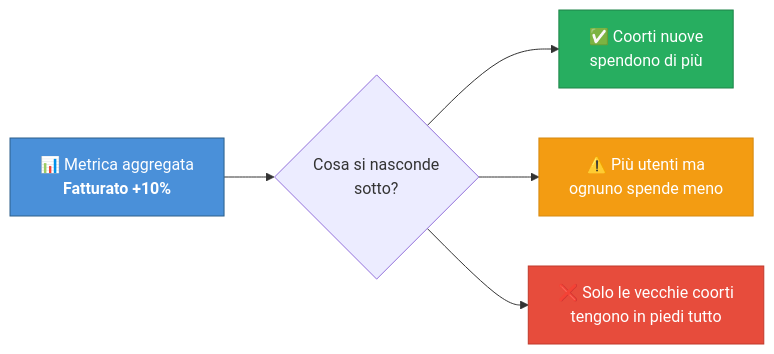
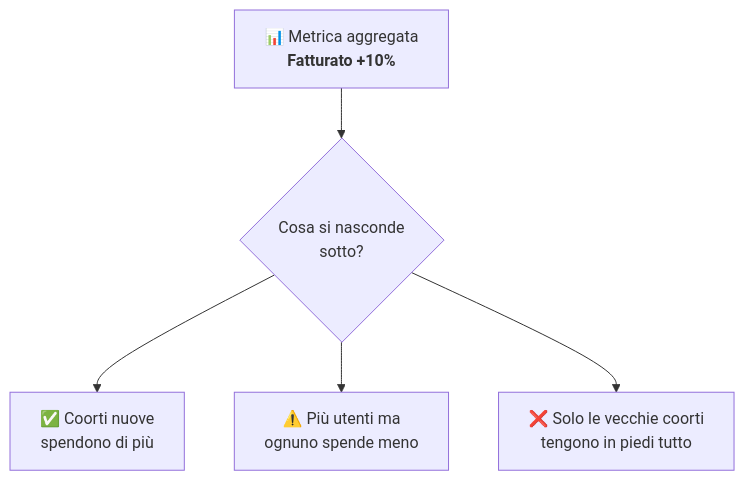
The first of 12 diagrams in src/content/corso/analisi-prodotto/analisi-coorte.mdx (AndreyBertasini/gynnitech), drawn with Mermaid before and after one commit. The commit also changed other lines of this file and 110 other files, not shown here.

First line of the commit message:
chore(content): optimize mermaid diagrams for mobile and dark theme

````diff
--- a/src/content/corso/analisi-prodotto/analisi-coorte.mdx
+++ b/src/content/corso/analisi-prodotto/analisi-coorte.mdx
@@ -22,11 +22,7 @@
 ```mermaid
-graph LR
+flowchart TD
     A["📊 Metrica aggregata<br/><b>Fatturato +10%</b>"] --> B{"Cosa si nasconde<br/>sotto?"}
     B --> C["✅ Coorti nuove<br/>spendono di più"]
     B --> D["⚠️ Più utenti ma<br/>ognuno spende meno"]
     B --> E["❌ Solo le vecchie coorti<br/>tengono in piedi tutto"]
-    style A fill:#4a90d9,stroke:#2c5f8a,color:#fff
-    style C fill:#27ae60,stroke:#1e8449,color:#fff
-    style D fill:#f39c12,stroke:#d68910,color:#fff
-    style E fill:#e74c3c,stroke:#c0392b,color:#fff
 ```
````
